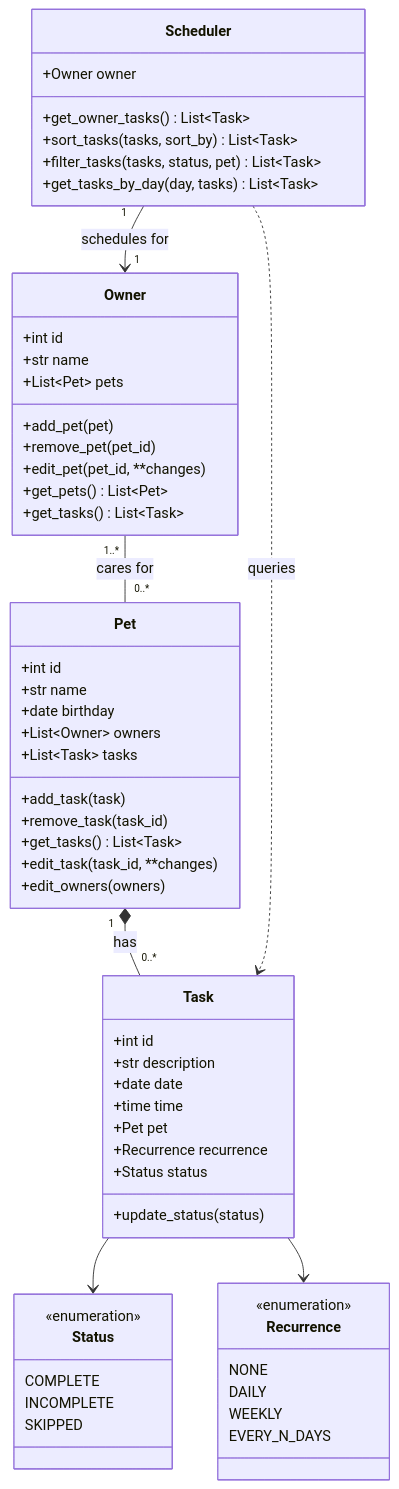
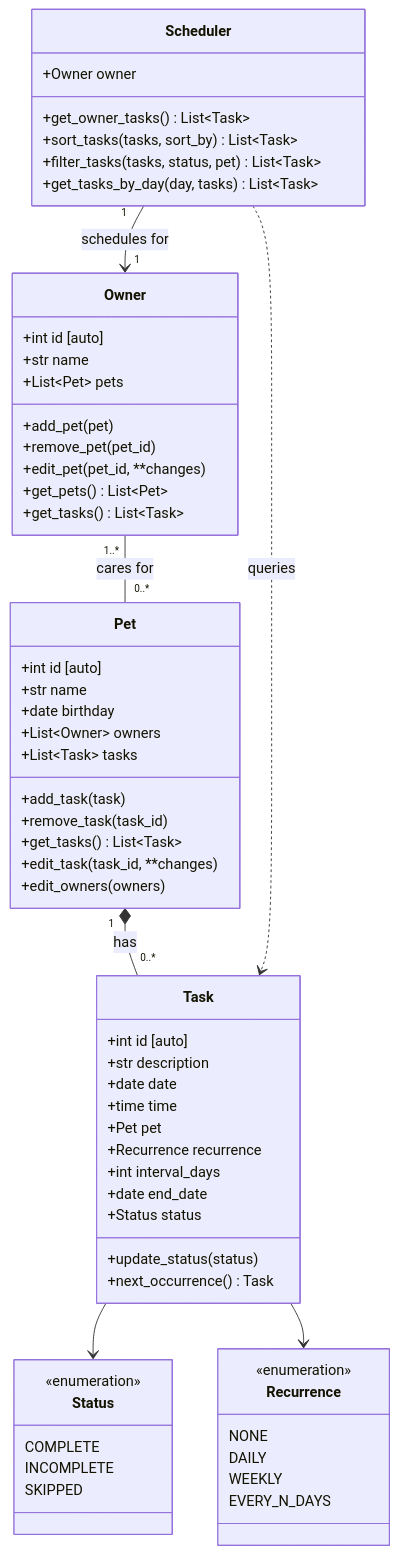
The diagram in diagrams/uml.mmd (DerickPalos/ai110-module2show-pawpal-starter), drawn with Mermaid before and after one commit. The commit also changed 2 other files, not shown here.

```diff
--- a/diagrams/uml.mmd
+++ b/diagrams/uml.mmd
@@ -1,65 +1,68 @@
 classDiagram
     class Owner {
-        +int id
+        +int id [auto]
         +str name
         +List~Pet~ pets
         +add_pet(pet)
         +remove_pet(pet_id)
         +edit_pet(pet_id, **changes)
         +get_pets() List~Pet~
         +get_tasks() List~Task~
     }
 
     class Pet {
-        +int id
+        +int id [auto]
         +str name
         +date birthday
         +List~Owner~ owners
         +List~Task~ tasks
         +add_task(task)
         +remove_task(task_id)
         +get_tasks() List~Task~
         +edit_task(task_id, **changes)
         +edit_owners(owners)
     }
 
     class Task {
-        +int id
+        +int id [auto]
         +str description
         +date date
         +time time
         +Pet pet
         +Recurrence recurrence
+        +int interval_days
+        +date end_date
         +Status status
         +update_status(status)
+        +next_occurrence() Task
     }
 
     class Scheduler {
         +Owner owner
         +get_owner_tasks() List~Task~
         +sort_tasks(tasks, sort_by) List~Task~
         +filter_tasks(tasks, status, pet) List~Task~
         +get_tasks_by_day(day, tasks) List~Task~
     }
 
     class Status {
         <<enumeration>>
         COMPLETE
         INCOMPLETE
         SKIPPED
     }
 
     class Recurrence {
         <<enumeration>>
         NONE
         DAILY
         WEEKLY
         EVERY_N_DAYS
     }
 
     Owner "1..*" -- "0..*" Pet : cares for
     Pet "1" *-- "0..*" Task : has
     Scheduler "1" --> "1" Owner : schedules for
     Scheduler ..> Task : queries
     Task --> Status
     Task --> Recurrence
```
